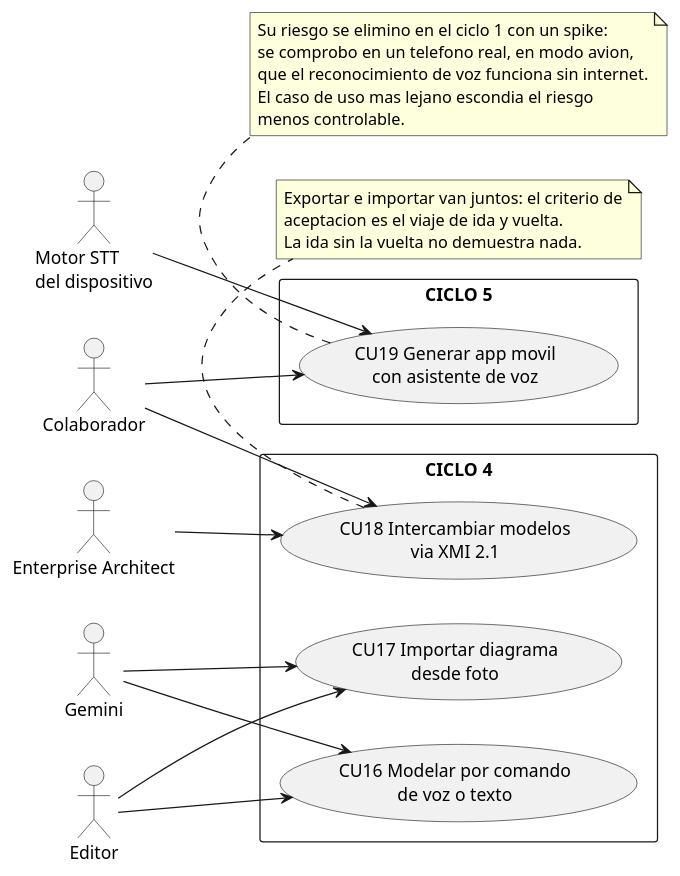
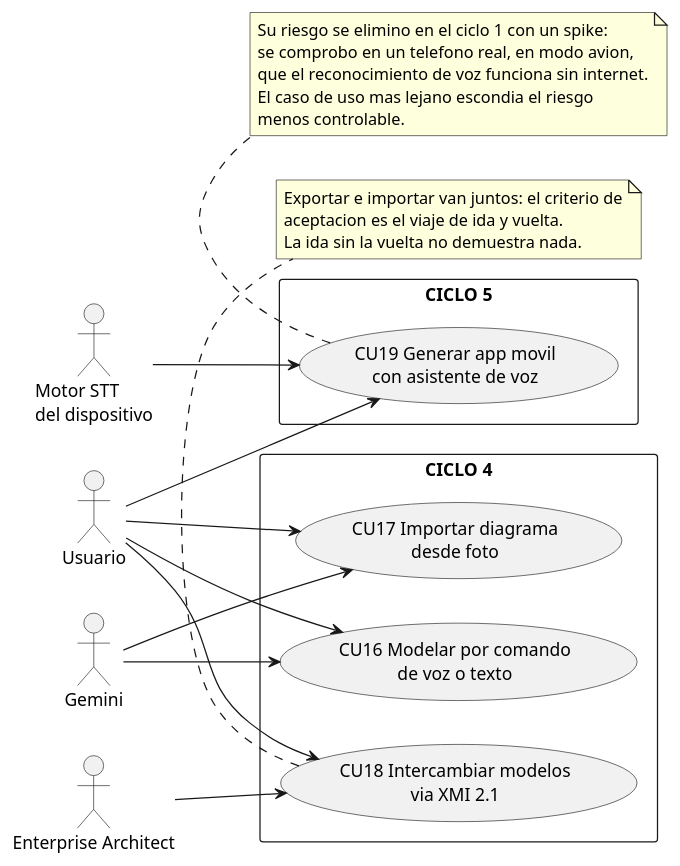
The diagram in docs/puds/diagramas/casos-de-uso-ciclo45.puml (daniel-ol5/diagramacolaborativo), drawn with PlantUML before and after one commit. The commit also changed 7 other files, not shown here.

```diff
--- a/docs/puds/diagramas/casos-de-uso-ciclo45.puml
+++ b/docs/puds/diagramas/casos-de-uso-ciclo45.puml
@@ -1,43 +1,42 @@
 @startuml casos-de-uso-ciclo45
 ' CICLOS 4 y 5 - Fuera del parcial
 left to right direction
 
-actor "Colaborador" as C
-actor "Editor" as ED
+actor "Usuario" as U
 actor "Gemini" as G
 actor "Enterprise Architect" as EA
 actor "Motor STT\ndel dispositivo" as STT
 
 rectangle "CICLO 4" {
   usecase "CU16 Modelar por comando\nde voz o texto" as CU16
   usecase "CU17 Importar diagrama\ndesde foto" as CU17
   usecase "CU18 Intercambiar modelos\nvia XMI 2.1" as CU18
 }
 
 rectangle "CICLO 5" {
   usecase "CU19 Generar app movil\ncon asistente de voz" as CU19
 }
 
-ED --> CU16
-ED --> CU17
-C --> CU18
-C --> CU19
+U --> CU16
+U --> CU17
+U --> CU18
+U --> CU19
 G --> CU16
 G --> CU17
 EA --> CU18
 STT --> CU19
 
 note bottom of CU19
   Su riesgo se elimino en el ciclo 1 con un spike:
   se comprobo en un telefono real, en modo avion,
   que el reconocimiento de voz funciona sin internet.
   El caso de uso mas lejano escondia el riesgo
   menos controlable.
 end note
 
 note bottom of CU18
   Exportar e importar van juntos: el criterio de
   aceptacion es el viaje de ida y vuelta.
   La ida sin la vuelta no demuestra nada.
 end note
 @enduml
```
